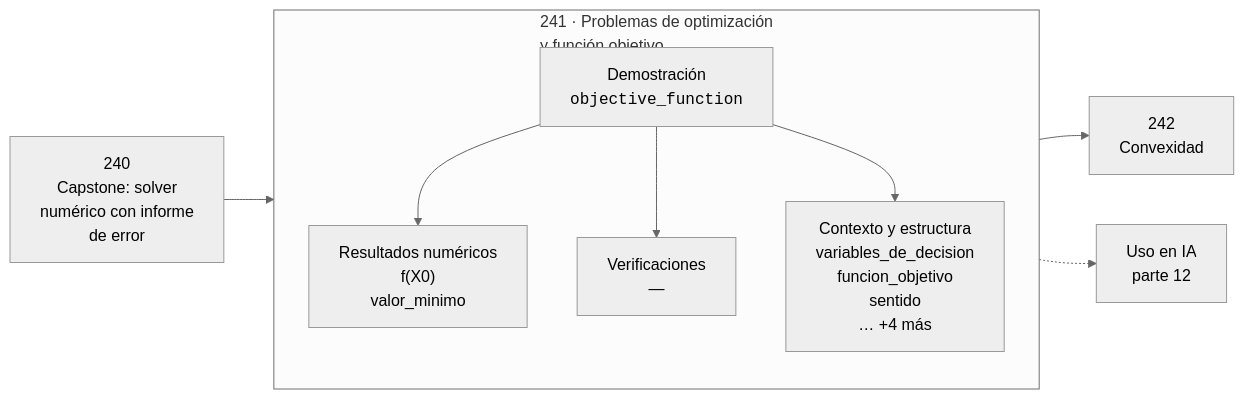
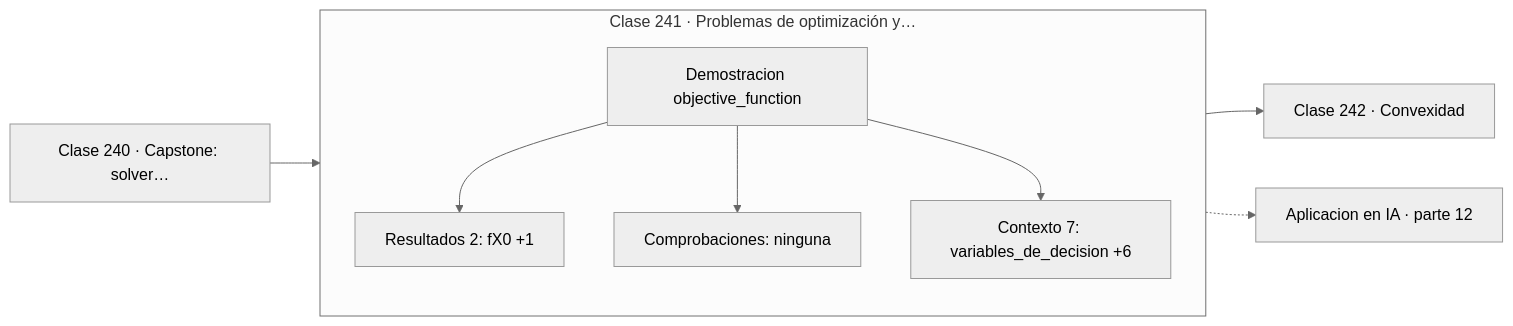
Before and after one commit to vladimiracunadev-create/computational-mathematics-program: the diagram in classes/part-12-optimizacion-matematica-y-computacional/241-problemas-de-optimizacion-y-funcion-objetivo/README.md, drawn with Mermaid (neutral theme). The commit also changed 389 other files, not shown here.

First line of the commit message:
fix(diagramas): elimina el HTML de las etiquetas Mermaid

````diff
--- a/classes/part-12-optimizacion-matematica-y-computacional/241-problemas-de-optimizacion-y-funcion-objetivo/README.md
+++ b/classes/part-12-optimizacion-matematica-y-computacional/241-problemas-de-optimizacion-y-funcion-objetivo/README.md
@@ -30,12 +30,13 @@
 ```mermaid
 flowchart LR
-    P["240<br/>Capstone: solver<br/>numérico con informe<br/>de error"] --> C
-    subgraph C["241 · Problemas de optimización<br/>y función objetivo"]
+    P["Clase 240 · Capstone: solver…"] --> D
+    subgraph CLASE["Clase 241 · Problemas de optimización y…"]
         direction TB
-        D["Demostración<br/><code>objective_function</code>"] --> R["Resultados numéricos<br/>f(X0)<br/>valor_minimo"]
-        D --> V["Verificaciones<br/>—"]
-        D --> O["Contexto y estructura<br/>variables_de_decision<br/>funcion_objetivo<br/>sentido<br/>… +4 más"]
+        D["Demostracion objective_function"]
+        D --> R["Resultados 2: fX0 +1"]
+        D --> V["Comprobaciones: ninguna"]
+        D --> O["Contexto 7: variables_de_decision +6"]
     end
-    C --> N["242<br/>Convexidad"]
-    C -.-> IA["Uso en IA<br/>parte 12"]
+    R --> N["Clase 242 · Convexidad"]
+    V -.-> IA["Aplicacion en IA · parte 12"]
 ```
````
